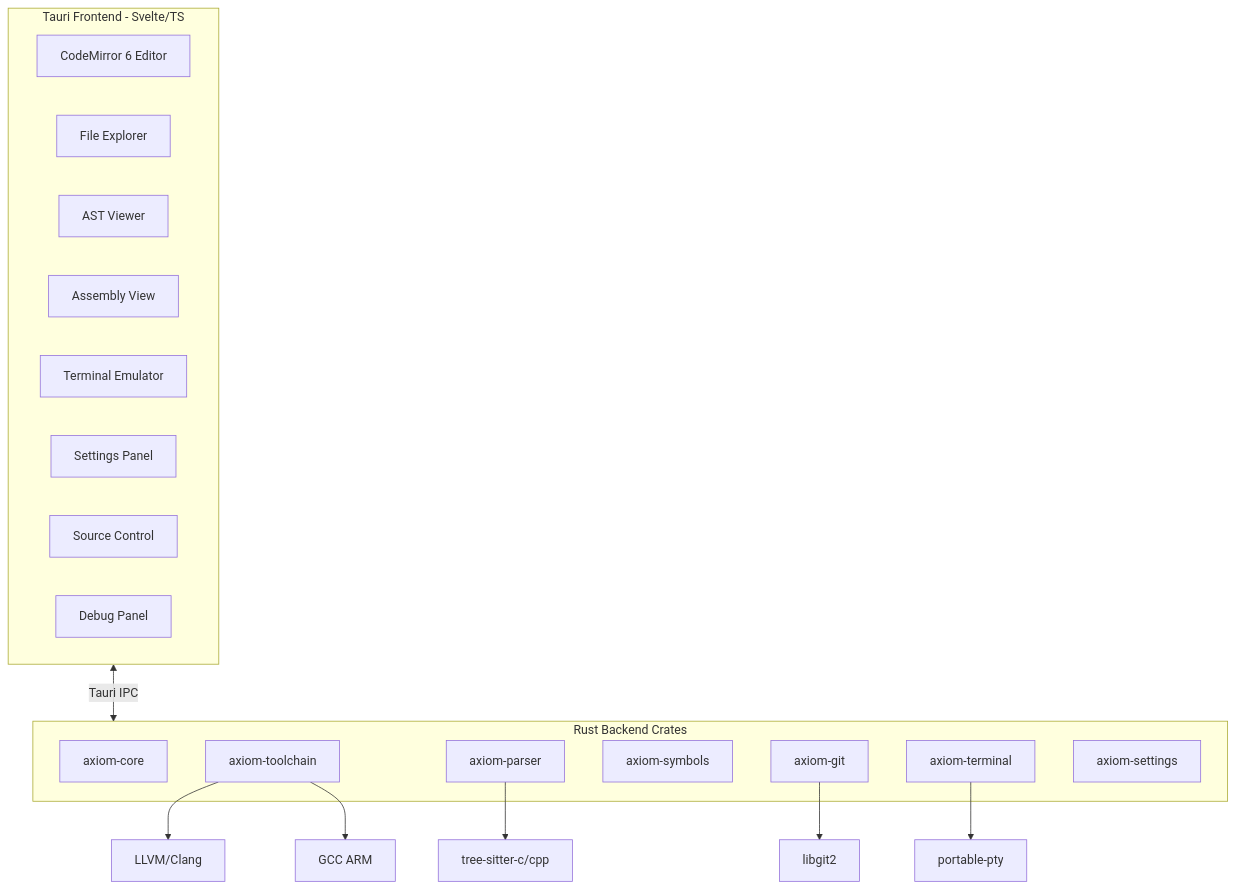
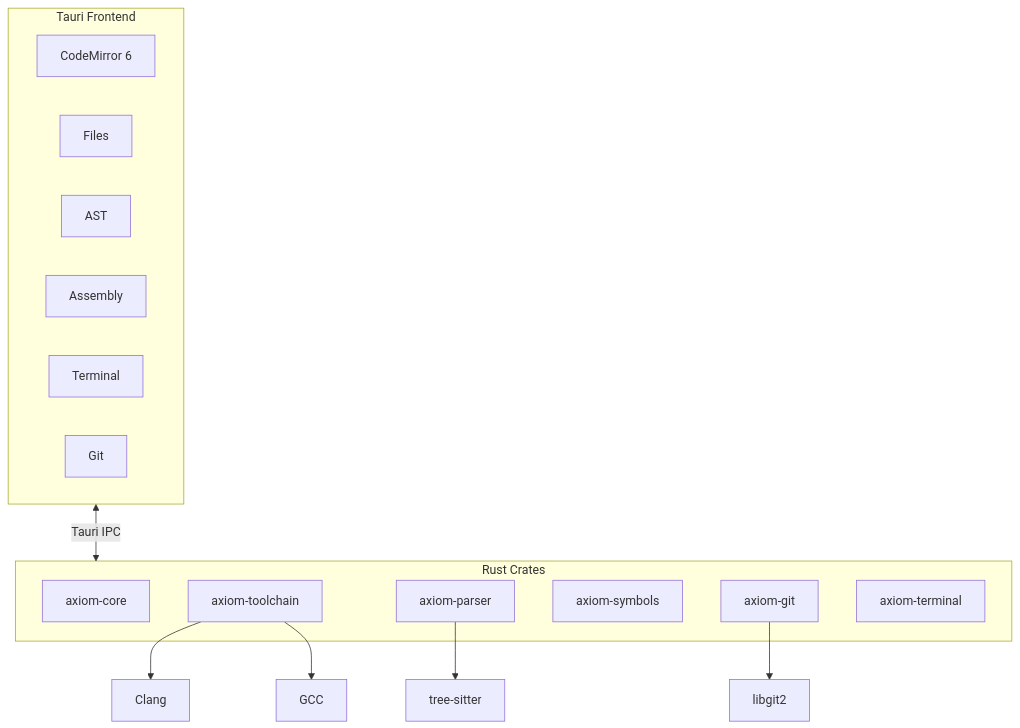
Before and after one commit to hawklogic/axiom: the diagram in README.md, drawn with Mermaid. The commit also changed other lines of this file, not shown here.

````diff
--- a/README.md
+++ b/README.md
@@ -11,30 +68,26 @@
 ```mermaid
 flowchart TB
-    subgraph UI [Tauri Frontend - Svelte/TS]
-        Editor[CodeMirror 6 Editor]
-        FileTree[File Explorer]
-        ASTPanel[AST Viewer]
-        AsmPanel[Assembly View]
-        Terminal[Terminal Emulator]
-        Settings[Settings Panel]
-        SourceCtrl[Source Control]
-        DebugPanel[Debug Panel]
+    subgraph UI [Tauri Frontend]
+        Editor[CodeMirror 6]
+        FileTree[Files]
+        ASTPanel[AST]
+        AsmPanel[Assembly]
+        Terminal[Terminal]
+        SourceCtrl[Git]
     end
 
-    subgraph Backend [Rust Backend Crates]
+    subgraph Backend [Rust Crates]
         CoreLib[axiom-core]
         ToolchainLib[axiom-toolchain]
         ParserLib[axiom-parser]
         SymbolsLib[axiom-symbols]
         GitLib[axiom-git]
         TermLib[axiom-terminal]
-        SettingsLib[axiom-settings]
     end
 
     UI <-->|Tauri IPC| Backend
-    ToolchainLib --> Clang[LLVM/Clang]
-    ToolchainLib --> GCC[GCC ARM]
-    ParserLib --> TreeSitter[tree-sitter-c/cpp]
+    ToolchainLib --> Clang[Clang]
+    ToolchainLib --> GCC[GCC]
+    ParserLib --> TreeSitter[tree-sitter]
     GitLib --> Git2[libgit2]
-    TermLib --> PTY[portable-pty]
 ```
````
